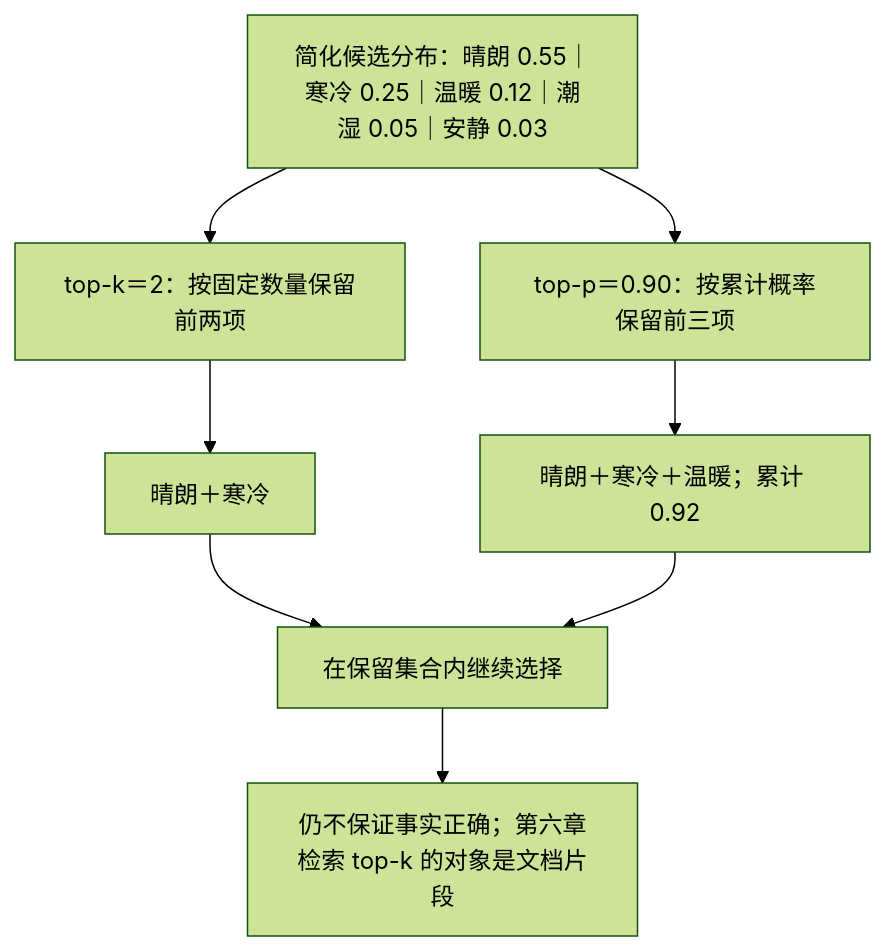
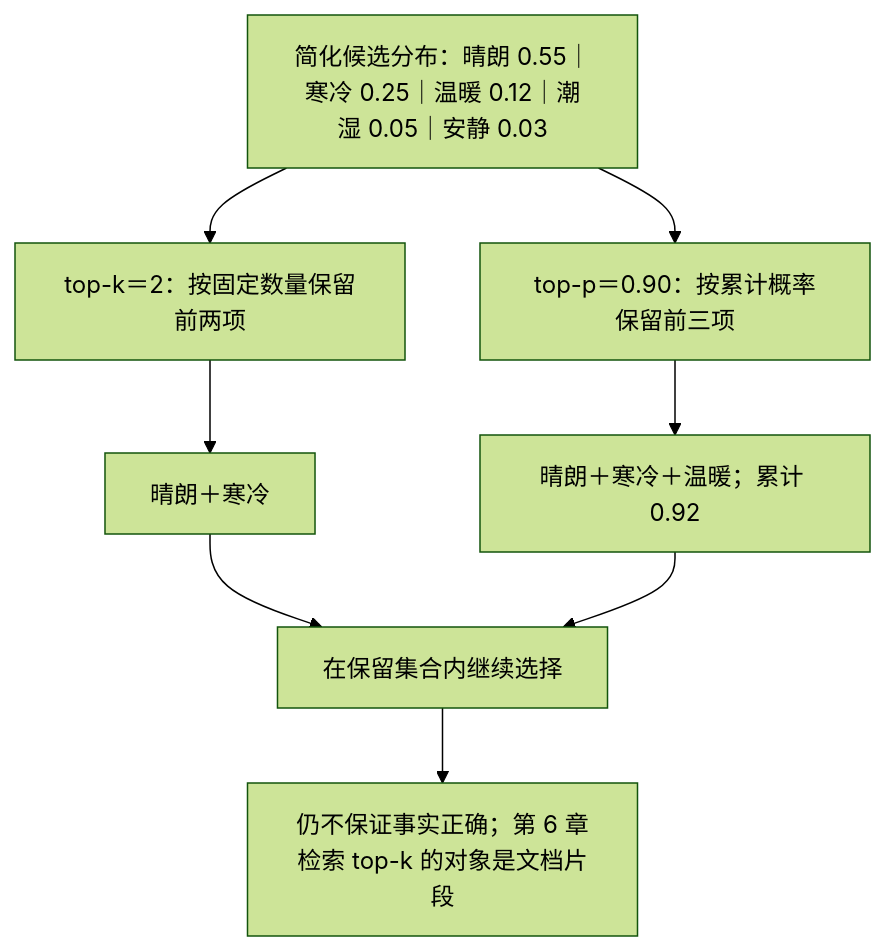
The third of 7 diagrams in textbook/chapters/CH05-training-to-inference.md (X-lab2017/AIOS101), drawn with Mermaid (forest theme) before and after one commit. The commit also changed other lines of this file and 3 other files, not shown here.

````diff
--- a/textbook/chapters/CH05-training-to-inference.md
+++ b/textbook/chapters/CH05-training-to-inference.md
@@ -176,10 +180,10 @@
 ```mermaid
 flowchart TD
     D["简化候选分布：晴朗 0.55｜寒冷 0.25｜温暖 0.12｜潮湿 0.05｜安静 0.03"] --> K["top-k＝2：按固定数量保留前两项"]
     D --> P["top-p＝0.90：按累计概率保留前三项"]
     K --> K1["晴朗＋寒冷"]
     P --> P1["晴朗＋寒冷＋温暖；累计 0.92"]
     K1 --> S["在保留集合内继续选择"]
     P1 --> S
-    S --> N["仍不保证事实正确；第六章检索 top-k 的对象是文档片段"]
+    S --> N["仍不保证事实正确；第 6 章检索 top-k 的对象是文档片段"]
 ```
````
